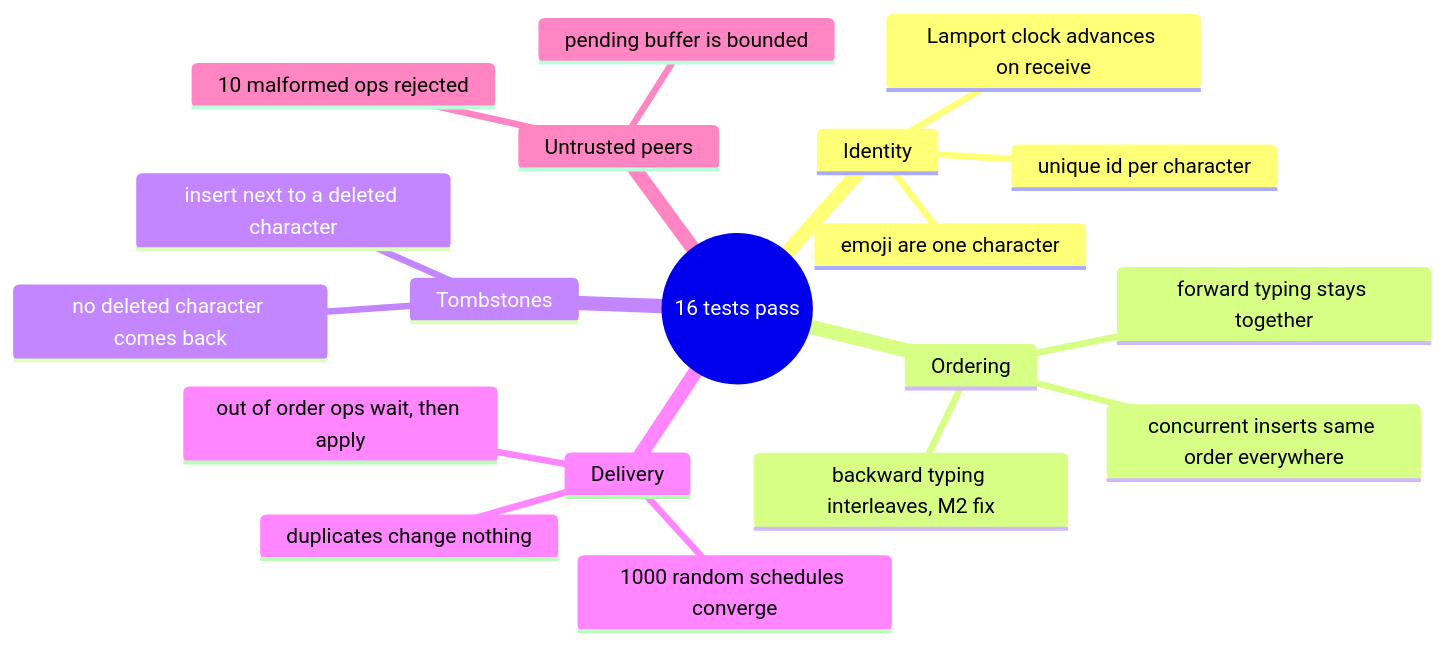
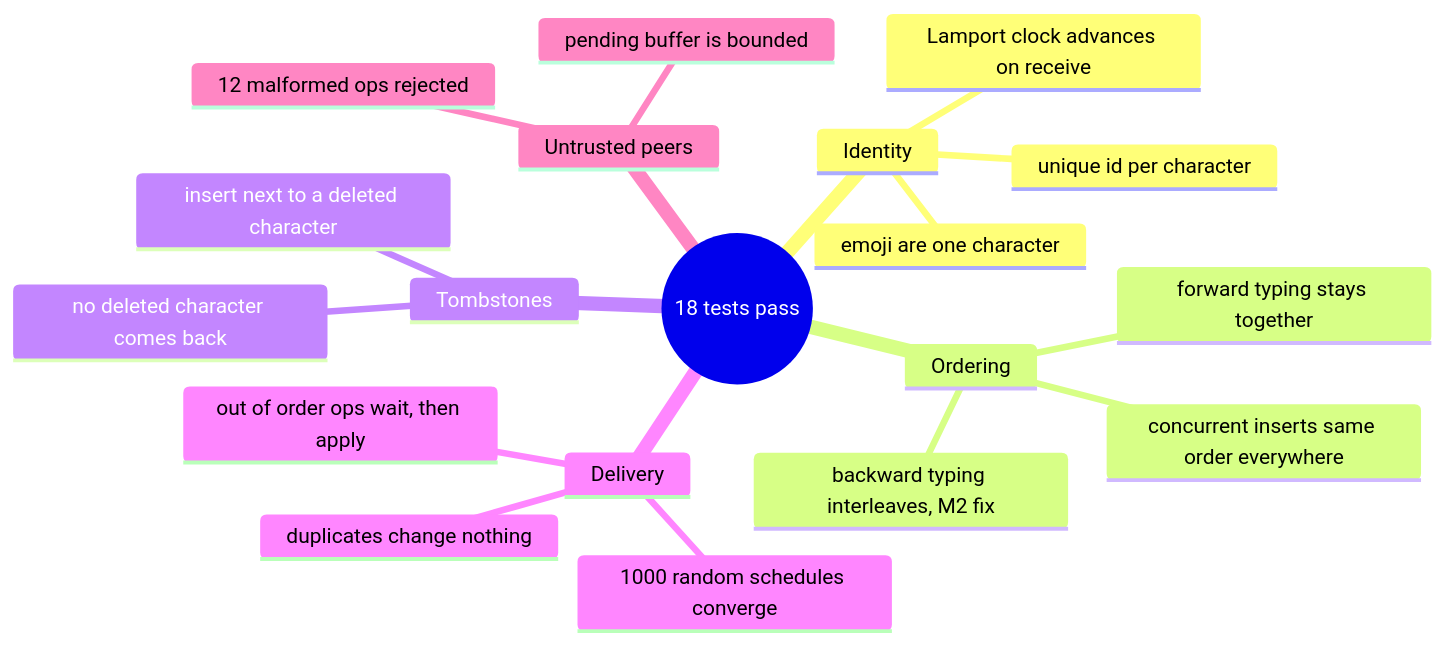
The second of 2 diagrams in README.md (EquinoxWN/crdt-collab-engine), drawn with Mermaid before and after one commit. The commit also changed other lines of this file and 2 other files, not shown here.

````diff
--- a/README.md
+++ b/README.md
@@ -109,22 +109,22 @@
 ```mermaid
 mindmap
-  root((16 tests pass))
+  root((18 tests pass))
     Identity
       unique id per character
       Lamport clock advances on receive
       emoji are one character
     Ordering
       concurrent inserts same order everywhere
       forward typing stays together
       backward typing interleaves, M2 fix
     Tombstones
       insert next to a deleted character
       no deleted character comes back
     Delivery
       out of order ops wait, then apply
       duplicates change nothing
       1000 random schedules converge
     Untrusted peers
-      10 malformed ops rejected
+      12 malformed ops rejected
       pending buffer is bounded
 ```
````
